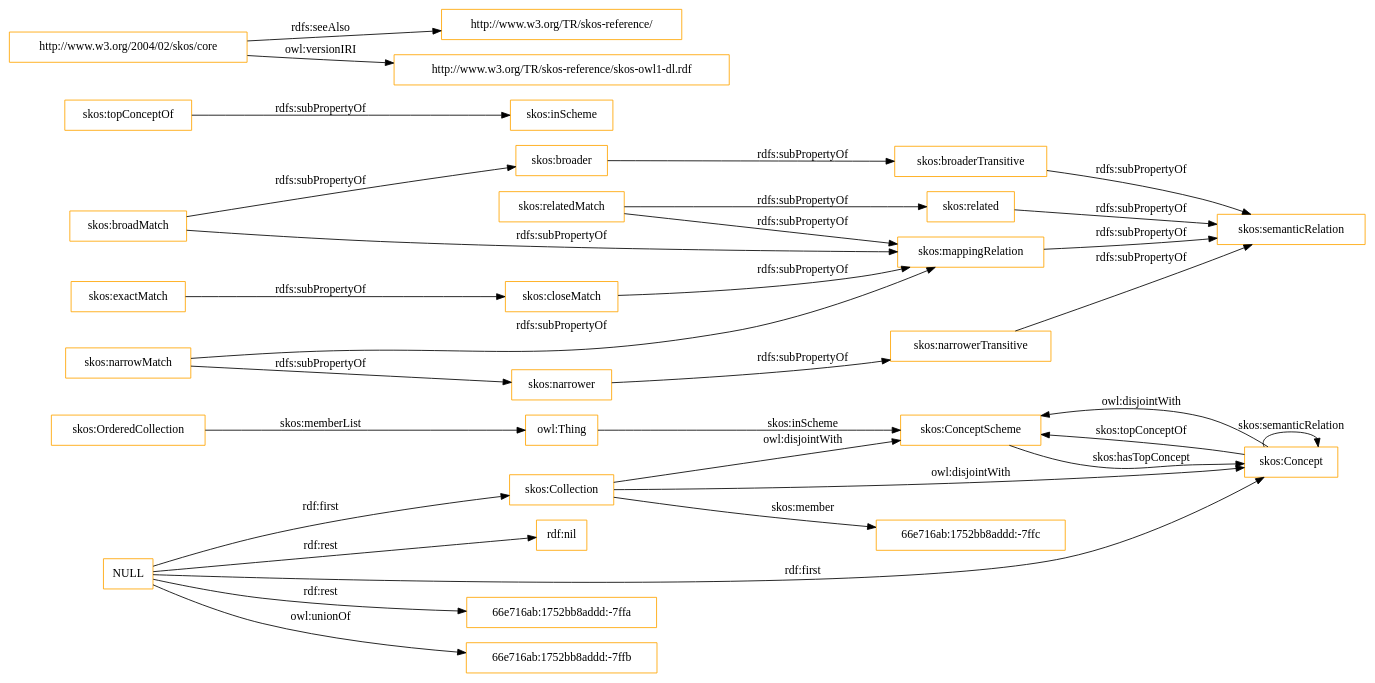
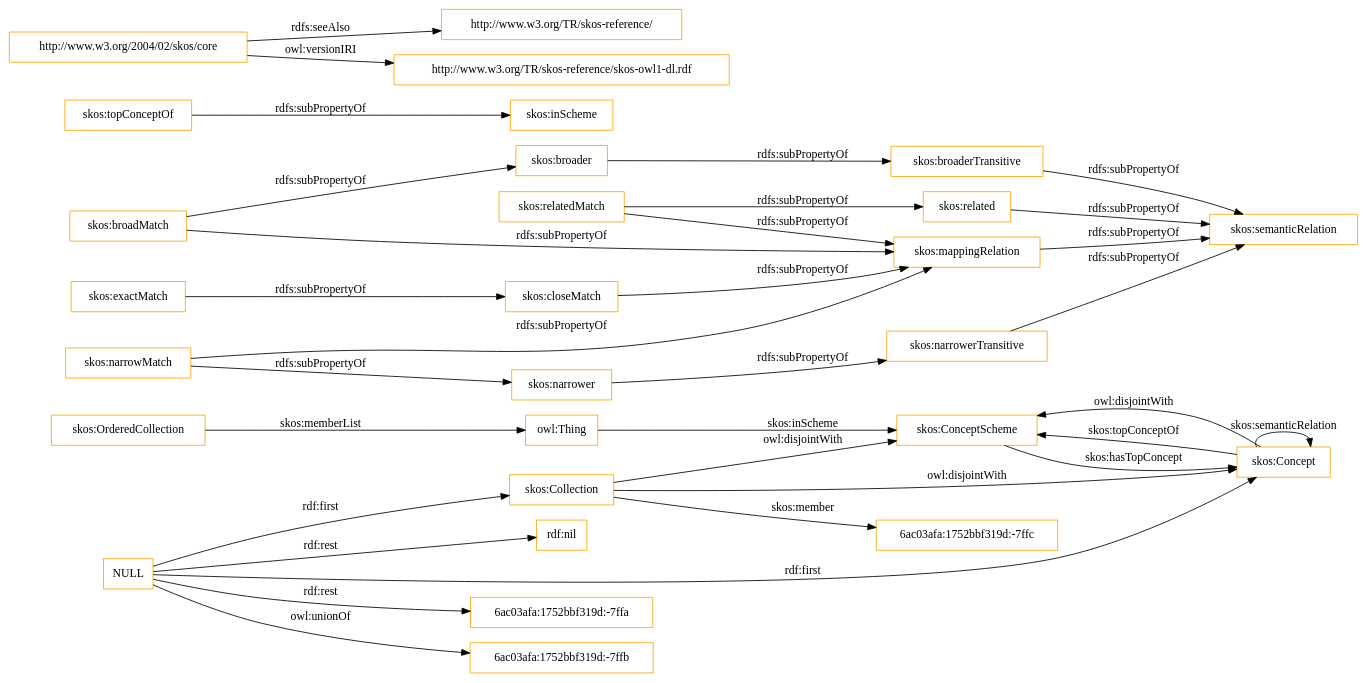
One commit to OnToologyUser/core-ontology-1 changed the diagram in OnToology/imports/skos.owl/diagrams/ar2dtool-class/skos.owl.png.dot. Above: the diagram before and after it, drawn with Graphviz. The commit also changed 14 other files, not shown here.

```diff
--- a/OnToology/imports/skos.owl/diagrams/ar2dtool-class/skos.owl.png.dot
+++ b/OnToology/imports/skos.owl/diagrams/ar2dtool-class/skos.owl.png.dot
@@ -1,37 +1,37 @@
 digraph ar2dtool_diagram { 
 rankdir=LR;
 size="1501"
-node [shape = rectangle, color="orange"]; "skos:OrderedCollection" "skos:ConceptScheme" "skos:Concept" "skos:Collection" "66e716ab:1752bb8addd:-7ffc" ; /*classes style*/
+node [shape = rectangle, color="orange"]; "skos:OrderedCollection" "skos:ConceptScheme" "skos:Concept" "skos:Collection" "6ac03afa:1752bbf319d:-7ffc" ; /*classes style*/
 	"skos:narrowerTransitive" -> "skos:semanticRelation" [ label = "rdfs:subPropertyOf" ];
-	"NULL" -> "66e716ab:1752bb8addd:-7ffa" [ label = "rdf:rest" ];
+	"NULL" -> "6ac03afa:1752bbf319d:-7ffa" [ label = "rdf:rest" ];
 	"NULL" -> "skos:Collection" [ label = "rdf:first" ];
-	"NULL" -> "66e716ab:1752bb8addd:-7ffb" [ label = "owl:unionOf" ];
+	"NULL" -> "6ac03afa:1752bbf319d:-7ffb" [ label = "owl:unionOf" ];
 	"NULL" -> "rdf:nil" [ label = "rdf:rest" ];
 	"NULL" -> "skos:Concept" [ label = "rdf:first" ];
 	"skos:closeMatch" -> "skos:mappingRelation" [ label = "rdfs:subPropertyOf" ];
 	"skos:Concept" -> "skos:ConceptScheme" [ label = "owl:disjointWith" ];
 	"skos:relatedMatch" -> "skos:related" [ label = "rdfs:subPropertyOf" ];
 	"skos:relatedMatch" -> "skos:mappingRelation" [ label = "rdfs:subPropertyOf" ];
 	"skos:related" -> "skos:semanticRelation" [ label = "rdfs:subPropertyOf" ];
 	"skos:topConceptOf" -> "skos:inScheme" [ label = "rdfs:subPropertyOf" ];
 	"skos:broadMatch" -> "skos:mappingRelation" [ label = "rdfs:subPropertyOf" ];
 	"skos:broadMatch" -> "skos:broader" [ label = "rdfs:subPropertyOf" ];
 	"skos:exactMatch" -> "skos:closeMatch" [ label = "rdfs:subPropertyOf" ];
 	"skos:broaderTransitive" -> "skos:semanticRelation" [ label = "rdfs:subPropertyOf" ];
 	"skos:broader" -> "skos:broaderTransitive" [ label = "rdfs:subPropertyOf" ];
 	"skos:mappingRelation" -> "skos:semanticRelation" [ label = "rdfs:subPropertyOf" ];
 	"http://www.w3.org/2004/02/skos/core" -> "http://www.w3.org/TR/skos-reference/" [ label = "rdfs:seeAlso" ];
 	"http://www.w3.org/2004/02/skos/core" -> "http://www.w3.org/TR/skos-reference/skos-owl1-dl.rdf" [ label = "owl:versionIRI" ];
 	"skos:Collection" -> "skos:ConceptScheme" [ label = "owl:disjointWith" ];
 	"skos:Collection" -> "skos:Concept" [ label = "owl:disjointWith" ];
 	"skos:narrower" -> "skos:narrowerTransitive" [ label = "rdfs:subPropertyOf" ];
 	"skos:narrowMatch" -> "skos:narrower" [ label = "rdfs:subPropertyOf" ];
 	"skos:narrowMatch" -> "skos:mappingRelation" [ label = "rdfs:subPropertyOf" ];
 	"skos:OrderedCollection" -> "owl:Thing" [ label = "skos:memberList" ];
 	"skos:Concept" -> "skos:ConceptScheme" [ label = "skos:topConceptOf" ];
 	"skos:Concept" -> "skos:Concept" [ label = "skos:semanticRelation" ];
-	"skos:Collection" -> "66e716ab:1752bb8addd:-7ffc" [ label = "skos:member" ];
+	"skos:Collection" -> "6ac03afa:1752bbf319d:-7ffc" [ label = "skos:member" ];
 	"skos:ConceptScheme" -> "skos:Concept" [ label = "skos:hasTopConcept" ];
 	"owl:Thing" -> "skos:ConceptScheme" [ label = "skos:inScheme" ];
 
 }
```
